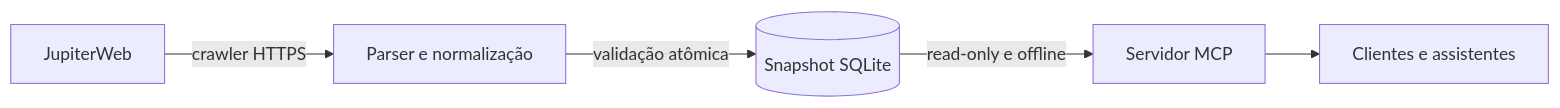
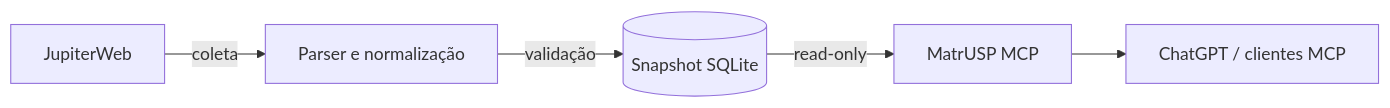
The diagram in README.md (koobzaar/matrusp-mcp), drawn with Mermaid before and after one commit. The commit also changed other lines of this file, not shown here.

````diff
--- a/README.md
+++ b/README.md
@@ -60,7 +77,7 @@
 ```mermaid
 flowchart LR
-    JW[JupiterWeb] -->|crawler HTTPS| P[Parser e normalização]
-    P -->|validação atômica| DB[(Snapshot SQLite)]
-    DB -->|read-only e offline| MCP[Servidor MCP]
-    MCP --> C[Clientes e assistentes]
+    JW[JupiterWeb] -->|coleta| P[Parser e normalização]
+    P -->|validação| DB[(Snapshot SQLite)]
+    DB -->|read-only| MCP[MatrUSP MCP]
+    MCP --> AI[ChatGPT / clientes MCP]
 ```
````
